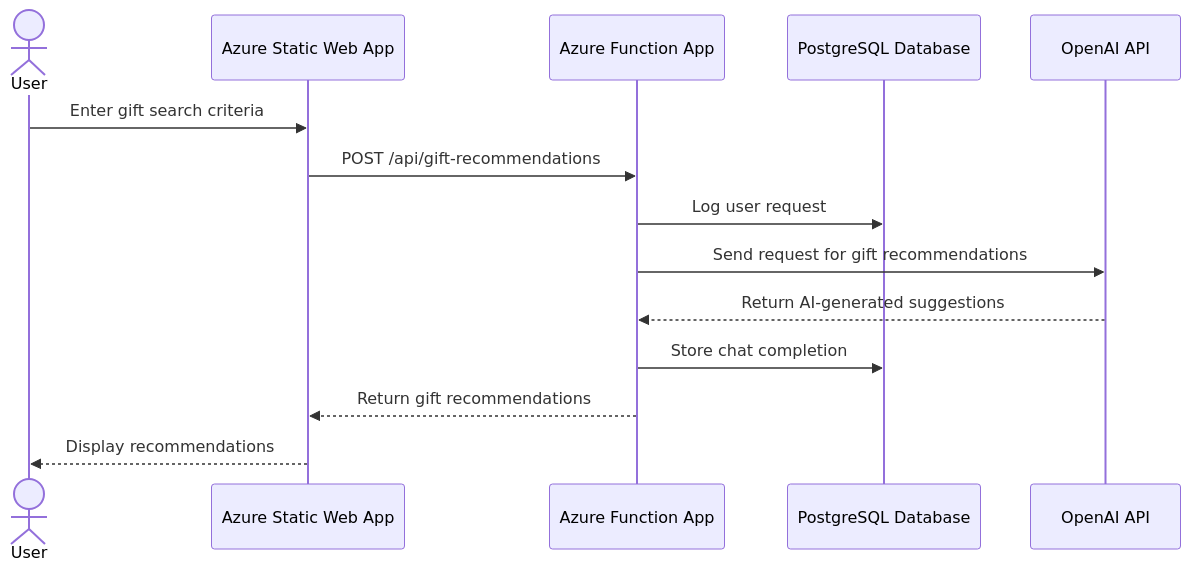
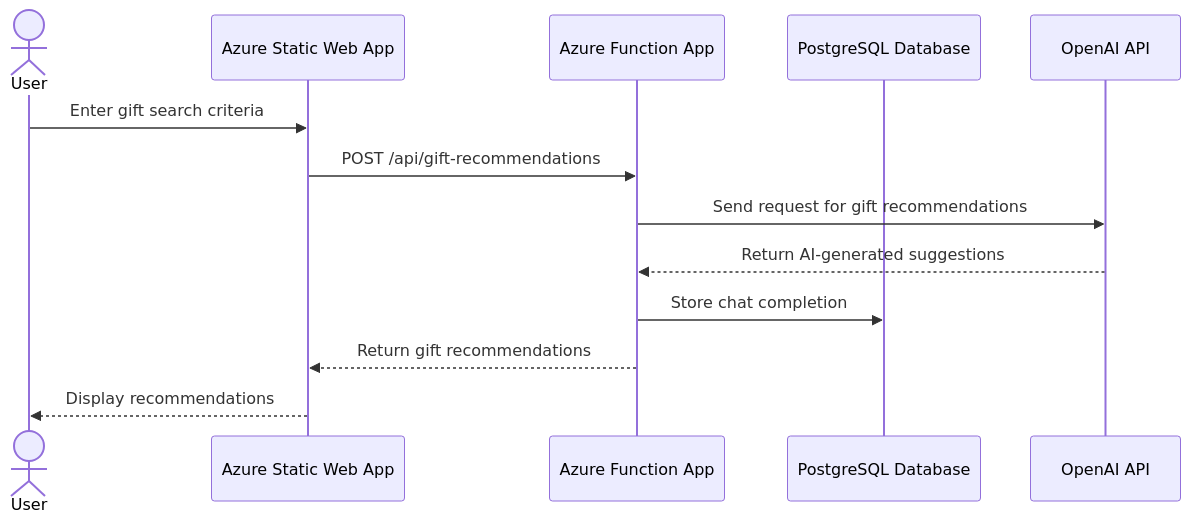
One commit to The-Mladens/gift-finder changed the diagram in README.md. Above: the diagram before and after it, drawn with Mermaid. The commit also changed other lines of this file, not shown here.

Commit message:
Update README.md to correct frontend technology description and remove outdated flow and scenario sections

````diff
--- a/README.md
+++ b/README.md
@@ -42,17 +42,16 @@
 ```mermaid
 sequenceDiagram
     actor User
     participant Frontend as Azure Static Web App
     participant Backend as Azure Function App
     participant DB as PostgreSQL Database
     participant AI as OpenAI API
 
     User->>Frontend: Enter gift search criteria
     Frontend->>Backend: POST /api/gift-recommendations
-    Backend->>DB: Log user request
     Backend->>AI: Send request for gift recommendations
     AI-->>Backend: Return AI-generated suggestions
     Backend->>DB: Store chat completion
     Backend-->>Frontend: Return gift recommendations
     Frontend-->>User: Display recommendations
 ```
````
